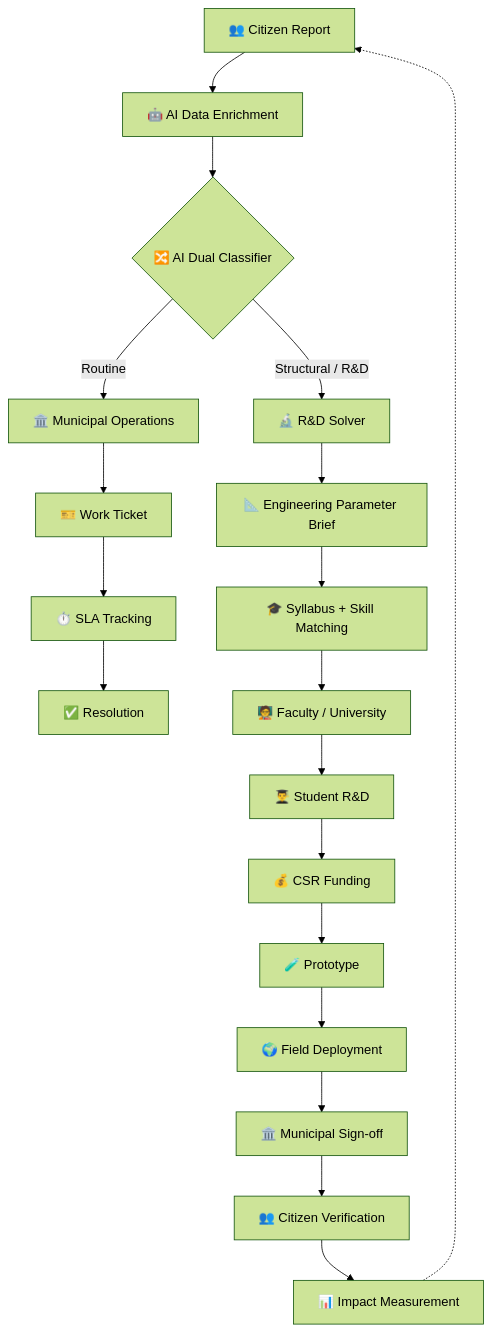
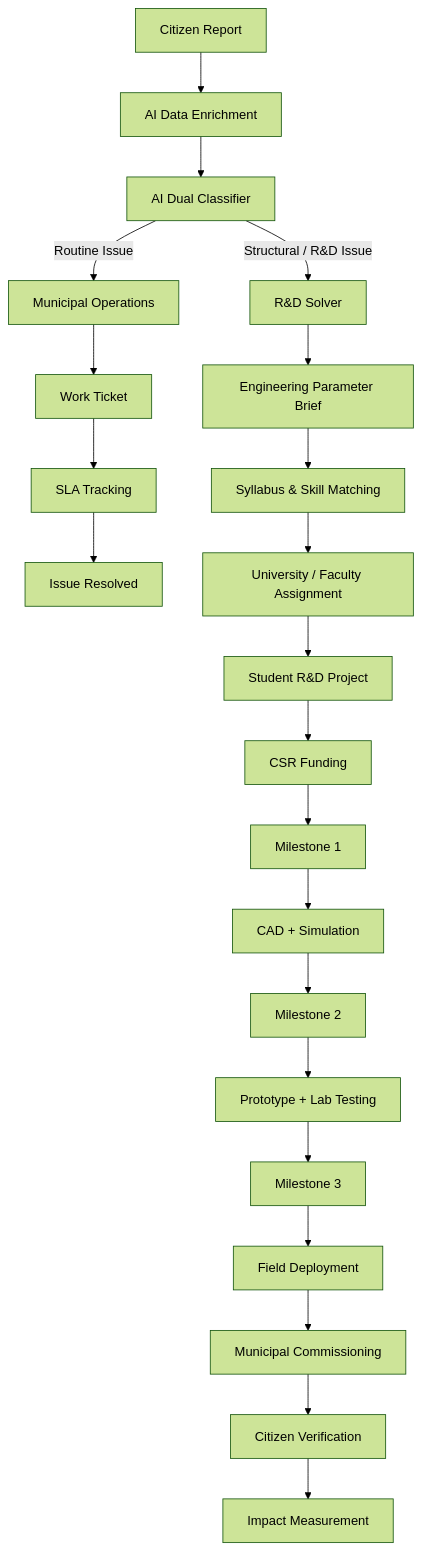
The diagram in README.md (Akash10-cell/Samvad-Setu), drawn with Mermaid (forest theme) before and after one commit. The commit also changed other lines of this file, not shown here.

````diff
--- a/README.md
+++ b/README.md
@@ -428,23 +603,26 @@
 ``` mermaid
 flowchart TD
-    A["👥 Citizen Report"] --> B["🤖 AI Data Enrichment"]
-    B --> C{"🔀 AI Dual Classifier"}
+    A[Citizen Report] --> B[AI Data Enrichment]
+    B --> C[AI Dual Classifier]
 
-    C -->|"Routine"| D["🏛️ Municipal Operations"]
-    D --> E["🎫 Work Ticket"]
-    E --> F["⏱️ SLA Tracking"]
-    F --> G["✅ Resolution"]
+    C -->|Routine Issue| D[Municipal Operations]
+    D --> E[Work Ticket]
+    E --> F[SLA Tracking]
+    F --> G[Issue Resolved]
 
-    C -->|"Structural / R&D"| H["🔬 R&D Solver"]
-    H --> I["📐 Engineering Parameter Brief"]
-    I --> J["🎓 Syllabus + Skill Matching"]
-    J --> K["🧑‍🏫 Faculty / University"]
-    K --> L["👨‍🎓 Student R&D"]
-    L --> M["💰 CSR Funding"]
-    M --> N["🧪 Prototype"]
-    N --> O["🌍 Field Deployment"]
-    O --> P["🏛️ Municipal Sign-off"]
-    P --> Q["👥 Citizen Verification"]
-    Q --> R["📊 Impact Measurement"]
-    R -.-> A
+    C -->|Structural / R&D Issue| H[R&D Solver]
+    H --> I[Engineering Parameter Brief]
+    I --> J[Syllabus & Skill Matching]
+    J --> K[University / Faculty Assignment]
+    K --> L[Student R&D Project]
+    L --> M[CSR Funding]
+    M --> N[Milestone 1]
+    N --> O[CAD + Simulation]
+    O --> P[Milestone 2]
+    P --> Q[Prototype + Lab Testing]
+    Q --> R[Milestone 3]
+    R --> S[Field Deployment]
+    S --> T[Municipal Commissioning]
+    T --> U[Citizen Verification]
+    U --> V[Impact Measurement]
 ```
````
